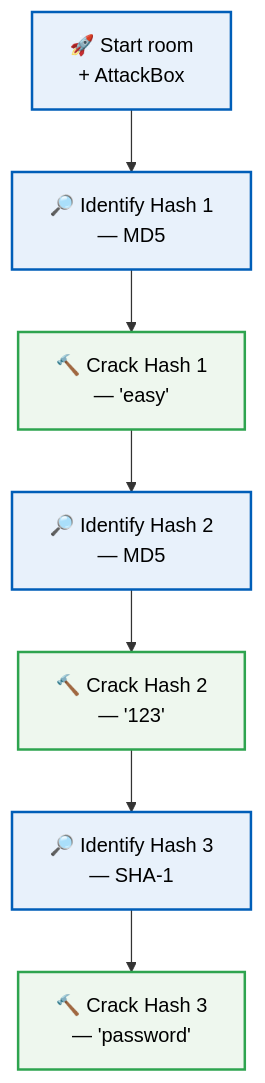
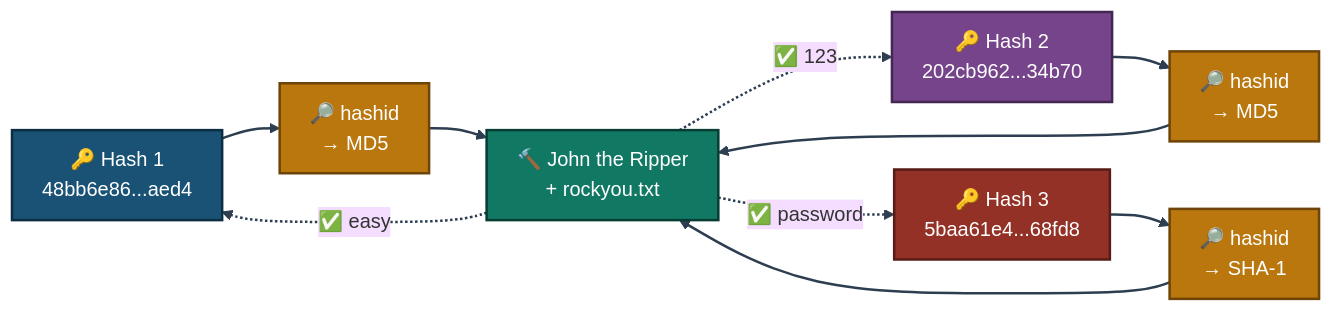
The first of 2 diagrams in 1-Foundational-Projects/project-08-password-cracking-hash-analysis/README.md (malaika-azhar/Cybersecurity-Lab-Projects), drawn with Mermaid before and after one commit. The commit also changed other lines of this file, not shown here.

````diff
--- a/1-Foundational-Projects/project-08-password-cracking-hash-analysis/README.md
+++ b/1-Foundational-Projects/project-08-password-cracking-hash-analysis/README.md
@@ -101,14 +106,19 @@
 ```mermaid
-flowchart TD
-    A["🚀 Start room<br/>+ AttackBox"] --> B["🔎 Identify Hash 1<br/>— MD5"]
-    B --> C["🔨 Crack Hash 1<br/>— 'easy'"]
-    C --> D["🔎 Identify Hash 2<br/>— MD5"]
-    D --> E["🔨 Crack Hash 2<br/>— '123'"]
-    E --> F["🔎 Identify Hash 3<br/>— SHA-1"]
-    F --> G["🔨 Crack Hash 3<br/>— 'password'"]
-
-    classDef work fill:#e8f1fb,stroke:#005EB8,stroke-width:2px,color:#000
-    classDef done fill:#eef7ee,stroke:#2ea44f,stroke-width:2px,color:#000
-    class A,B,D,F work
-    class C,E,G done
+%%{init: {'theme': 'base', 'themeVariables': {'fontSize': '16px'}, 'flowchart': {'nodeSpacing': 34, 'rankSpacing': 46, 'padding': 12}}}%%
+flowchart LR
+    H1["🔑 Hash 1<br/>48bb6e86...aed4"]:::h1 --> ID1["🔎 hashid<br/>→ MD5"]:::id
+    H2["🔑 Hash 2<br/>202cb962...34b70"]:::h2 --> ID2["🔎 hashid<br/>→ MD5"]:::id
+    H3["🔑 Hash 3<br/>5baa61e4...68fd8"]:::h3 --> ID3["🔎 hashid<br/>→ SHA-1"]:::id
+    ID1 --> JOHN["🔨 John the Ripper<br/>+ rockyou.txt"]:::john
+    ID2 --> JOHN
+    ID3 --> JOHN
+    JOHN -.->|"✅ easy"| H1
+    JOHN -.->|"✅ 123"| H2
+    JOHN -.->|"✅ password"| H3
+    classDef h1 fill:#1A5276,stroke:#0B2E43,stroke-width:2px,color:#FFFFFF
+    classDef h2 fill:#76448A,stroke:#432752,stroke-width:2px,color:#FFFFFF
+    classDef h3 fill:#943126,stroke:#571C16,stroke-width:2px,color:#FFFFFF
+    classDef id fill:#B9770E,stroke:#6E4409,stroke-width:2px,color:#FFFFFF
+    classDef john fill:#117864,stroke:#083D33,stroke-width:2px,color:#FFFFFF
+    linkStyle default stroke:#2C3E50,stroke-width:2px
 ```
````
